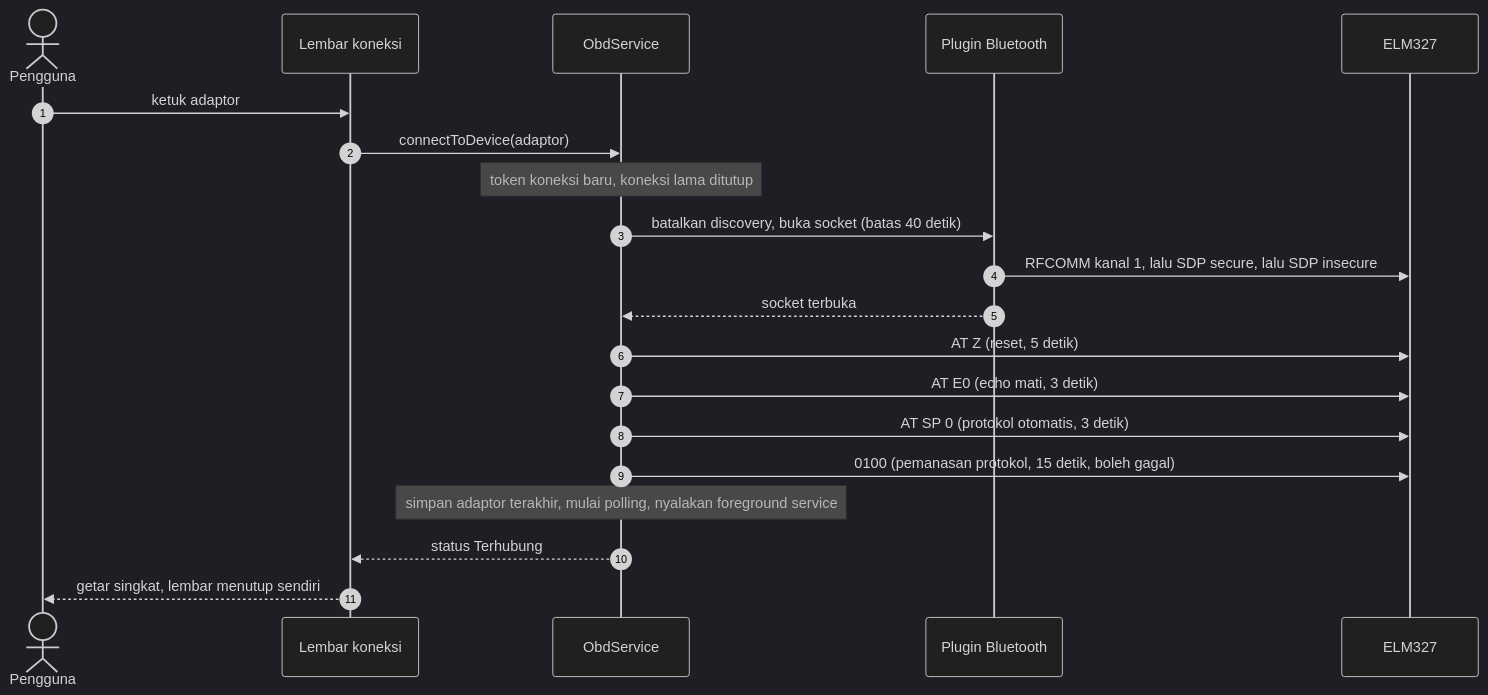
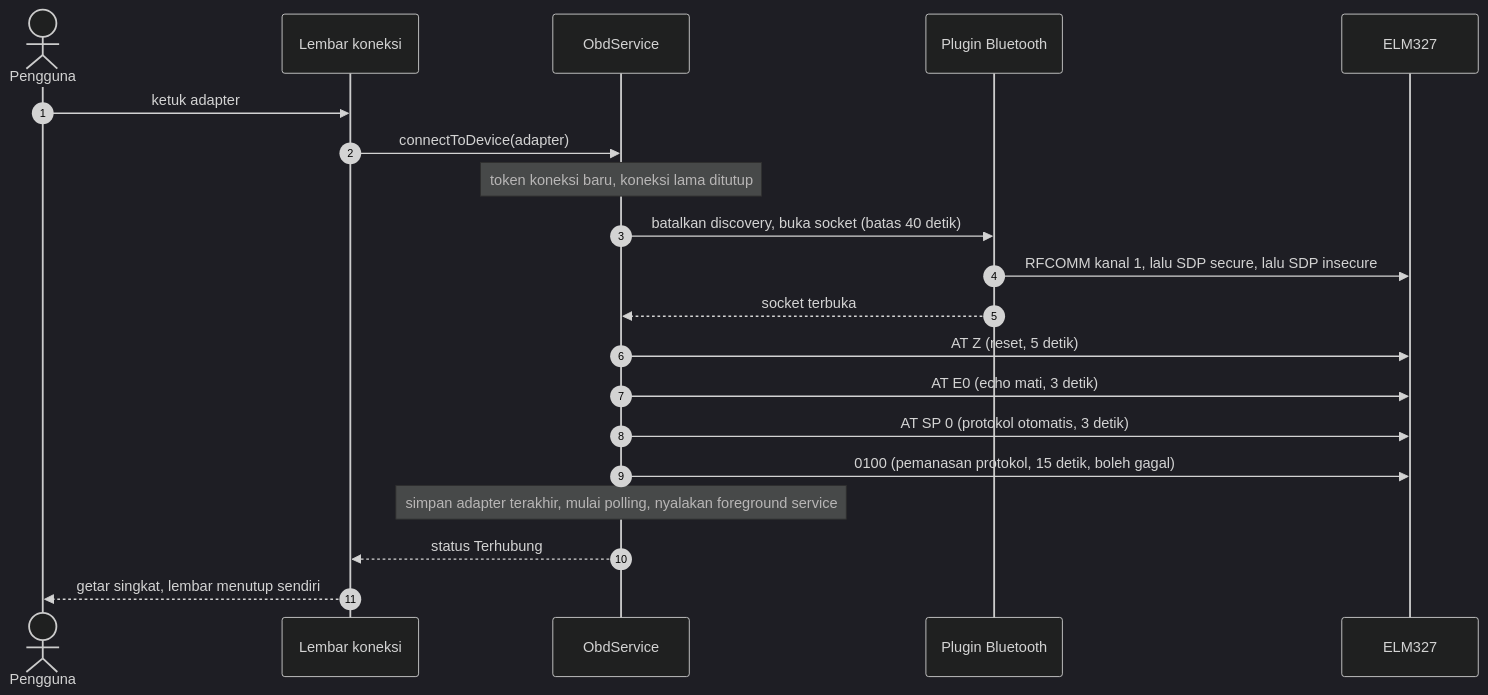
Before and after one commit to RulyOctareza/OBD-Scanner: the third of 9 diagrams in docs/alur-kerja.md, drawn with Mermaid (dark theme). The commit also changed other lines of this file and 13 other files, not shown here.

````diff
--- a/docs/alur-kerja.md
+++ b/docs/alur-kerja.md
@@ -91,22 +91,22 @@
 ```mermaid
 sequenceDiagram
     autonumber
     actor U as Pengguna
     participant S as Lembar koneksi
     participant O as ObdService
     participant B as Plugin Bluetooth
     participant E as ELM327
-    U->>S: ketuk adaptor
-    S->>O: connectToDevice(adaptor)
+    U->>S: ketuk adapter
+    S->>O: connectToDevice(adapter)
     Note over O: token koneksi baru, koneksi lama ditutup
     O->>B: batalkan discovery, buka socket (batas 40 detik)
     B->>E: RFCOMM kanal 1, lalu SDP secure, lalu SDP insecure
     B-->>O: socket terbuka
     O->>E: AT Z (reset, 5 detik)
     O->>E: AT E0 (echo mati, 3 detik)
     O->>E: AT SP 0 (protokol otomatis, 3 detik)
     O->>E: 0100 (pemanasan protokol, 15 detik, boleh gagal)
-    Note over O: simpan adaptor terakhir, mulai polling, nyalakan foreground service
+    Note over O: simpan adapter terakhir, mulai polling, nyalakan foreground service
     O-->>S: status Terhubung
     S-->>U: getar singkat, lembar menutup sendiri
 ```
````
